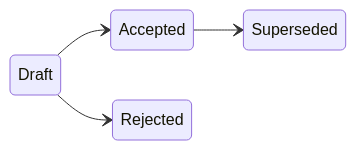
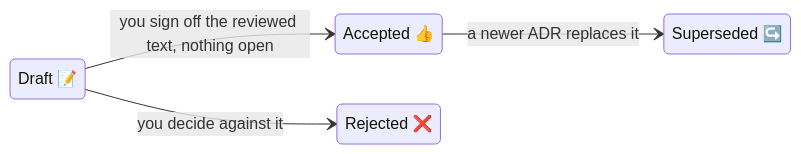
One commit to michaelmarconi/agentic-engineering changed the fourth of 11 diagrams in docs/lifecycle.md. Above: the diagram before and after it, drawn with Mermaid. The commit also changed other lines of this file, not shown here.

Commit message:
Lifecycle draft: statuses and what moves a document between them, in the diagrams

````diff
--- a/docs/lifecycle.md
+++ b/docs/lifecycle.md
@@ -87,7 +84,11 @@
 ```mermaid
 stateDiagram-v2
     direction LR
-    Draft --> Accepted
-    Draft --> Rejected
-    Accepted --> Superseded
+    state "Draft 📝" as Draft
+    state "Accepted 👍" as Accepted
+    state "Rejected ❌" as Rejected
+    state "Superseded ↪️" as Superseded
+    Draft --> Accepted : you sign off the reviewed text, nothing open
+    Draft --> Rejected : you decide against it
+    Accepted --> Superseded : a newer ADR replaces it
 ```
````
